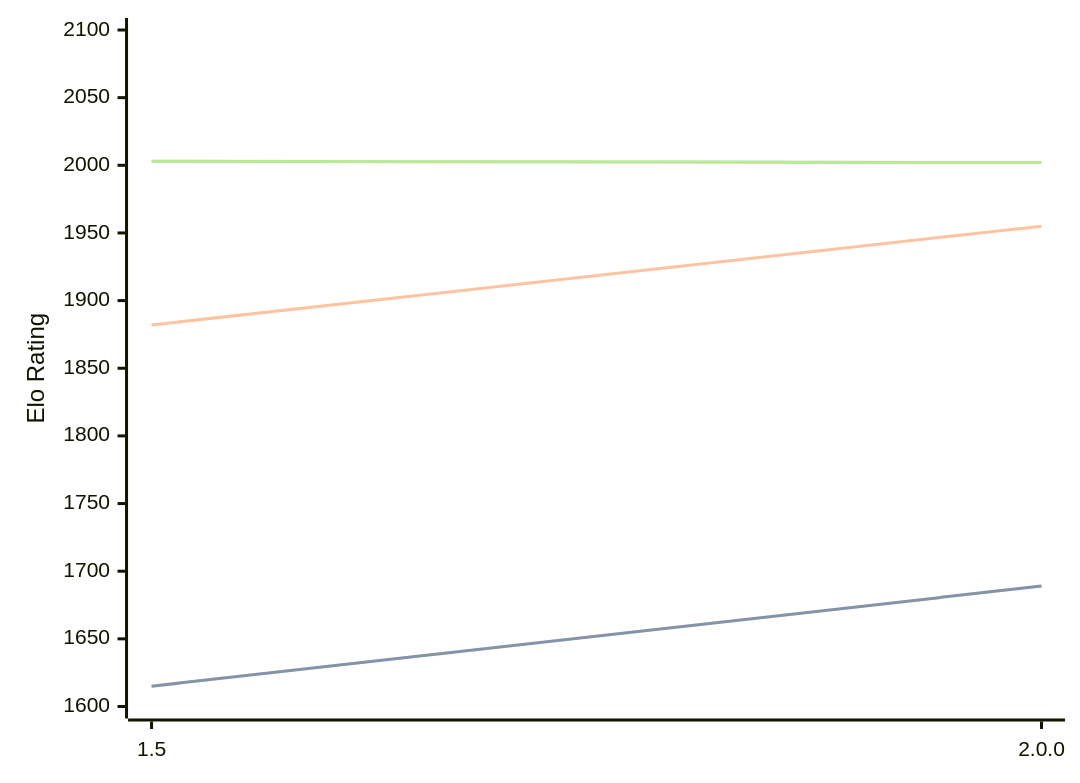
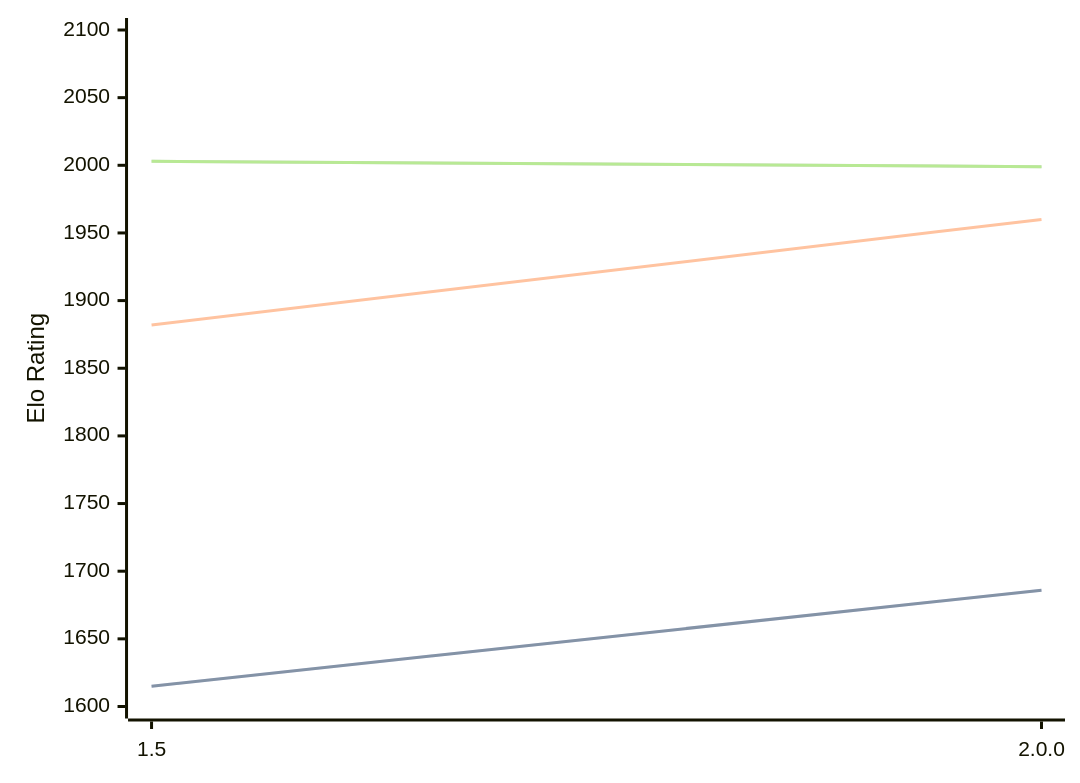
Before and after one commit to computer-chess-index/cci: the diagram in engines/Rudim.md, drawn with Mermaid. The commit also changed other lines of this file, not shown here.

Commit message:
Update CCI Ratings (ELO VLTC) - 2026-05-13

````diff
--- a/engines/Rudim.md
+++ b/engines/Rudim.md
@@ -37,11 +37,11 @@
 ```mermaid
 %%{init: {"theme":"base","themeVariables":{"seriesColors:['#a3a3a3','#222221','#faa371']}}}%%
 xychart-beta
   x-axis ["1.5", "2.0.0"]
   y-axis "Elo Rating" 1600 --> 2100
-  line "STC (8.0+0.08s)" [1615, 1689]
-  line "STC (8.0+0.08s)" [1615, 1689]
-  line "LTC (60.0+0.60s)" [1882, 1955]
-  line "VLTC (2m24s+1.12s)" [2003, 2002]
-  line "VLTC (2m24s+1.12s)" [2003, 2002]
+  line "STC (8.0+0.08s)" [1615, 1686]
+  line "STC (8.0+0.08s)" [1615, 1686]
+  line "LTC (60.0+0.60s)" [1882, 1960]
+  line "VLTC (2m24s+1.12s)" [2003, 1999]
+  line "VLTC (2m24s+1.12s)" [2003, 1999]
 ```
````
